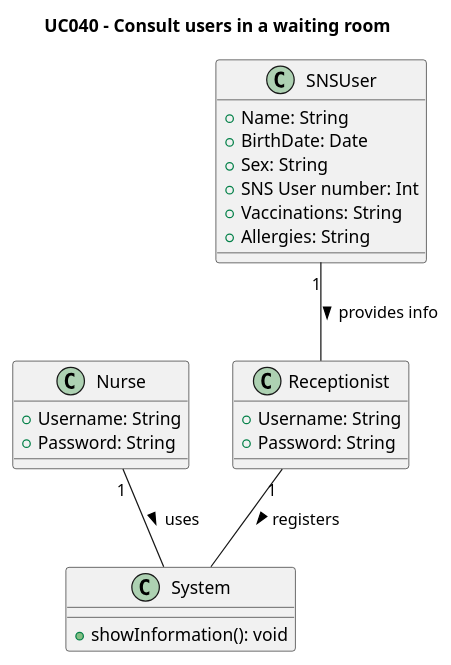
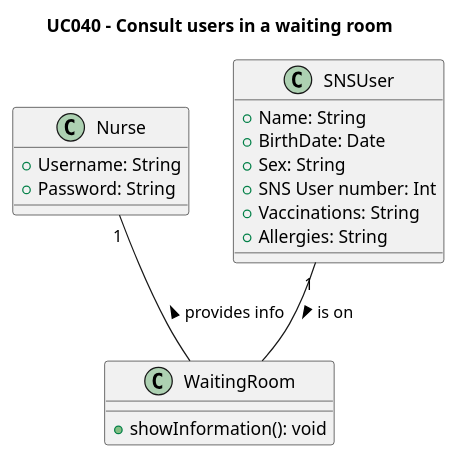
Before and after one commit to rafaafig/SnsTrab: the diagram in sns-base/doc/global/use-cases/UC040/ucd-UCD040.puml, drawn with PlantUML. The commit also changed 10 other files, not shown here.

```diff
--- a/sns-base/doc/global/use-cases/UC040/ucd-UCD040.puml
+++ b/sns-base/doc/global/use-cases/UC040/ucd-UCD040.puml
@@ -1,37 +1,33 @@
 @startuml
 skinparam monochrome false
 skinparam shadowing false
 
 title UC040 - Consult users in a waiting room
 
 class Nurse {
     +Username: String
     +Password: String
 }
 
 class SNSUser {
     +Name: String
     +BirthDate: Date
     +Sex: String
     +SNS User number: Int
     +Vaccinations: String
     +Allergies: String
 }
 
-class Receptionist {
-    +Username: String
-    +Password: String
-}
 
 
-class System {
+
+class WaitingRoom {
     +showInformation(): void
 }
 
 ' Relationships
-Nurse "1" -- System : uses >
-Receptionist "1" -- System : registers >
-SNSUser "1" -- Receptionist : provides info >
+Nurse "1" -- WaitingRoom : provides info <
+SNSUser "1" -- WaitingRoom : is on >
 
 
 @enduml
```
